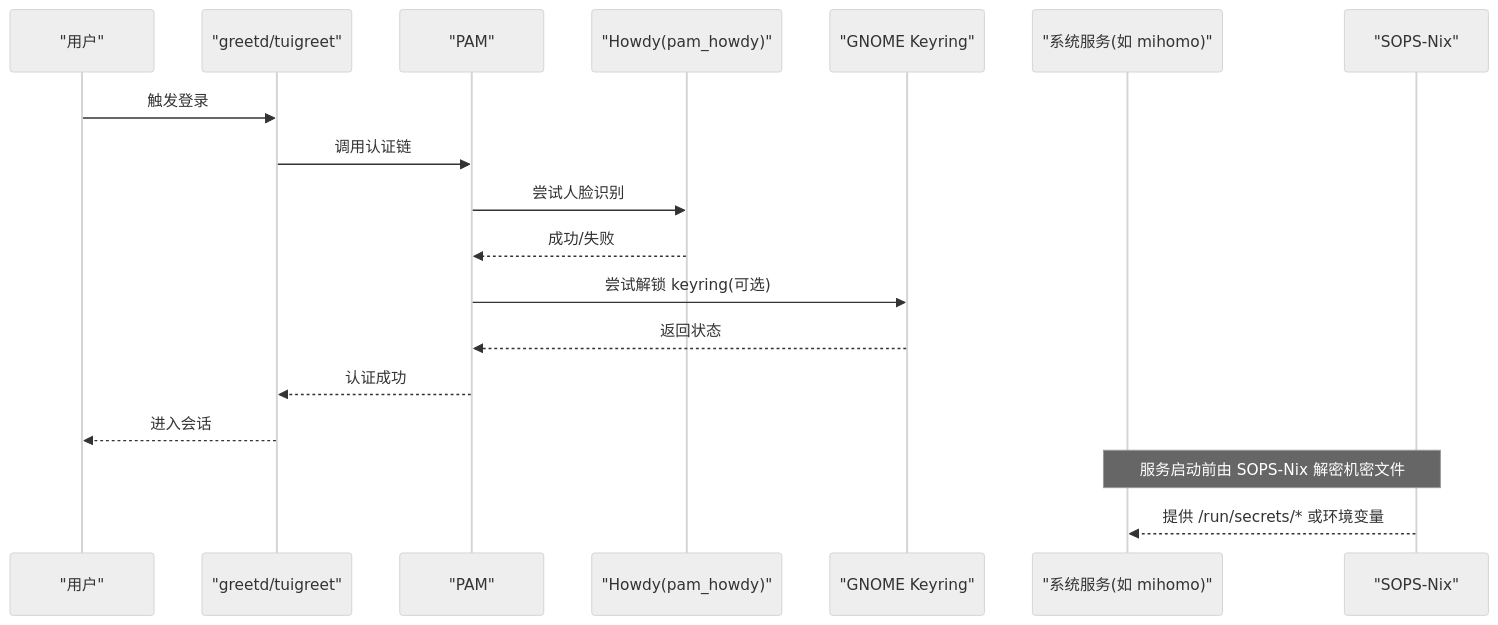
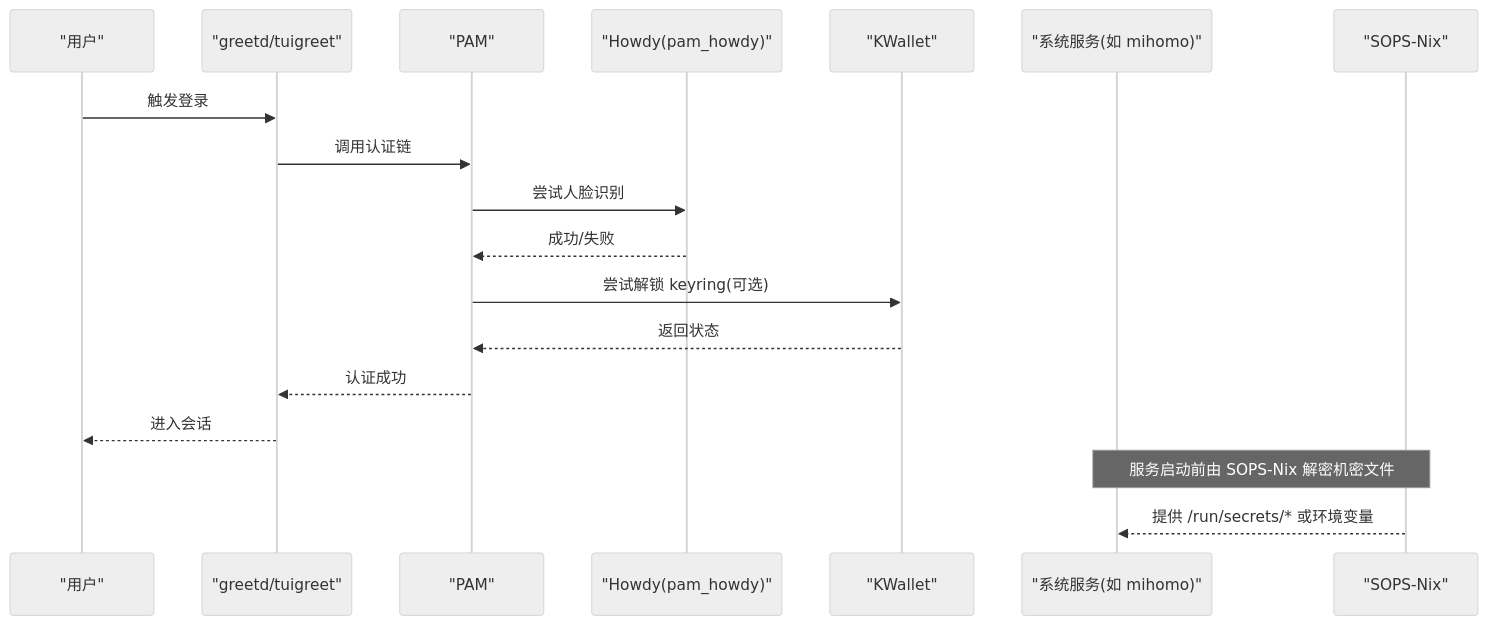
The second of 2 diagrams in wiki/security/index.md (Shangshui0302/myNixOSConfig), drawn with Mermaid (neutral theme) before and after one commit. The commit also changed other lines of this file and 15 other files, not shown here.

````diff
--- a/wiki/security/index.md
+++ b/wiki/security/index.md
@@ -56,20 +56,20 @@
 ```mermaid
 sequenceDiagram
 participant U as "用户"
 participant G as "greetd/tuigreet"
 participant P as "PAM"
 participant H as "Howdy(pam_howdy)"
-participant K as "GNOME Keyring"
+participant K as "KWallet"
 participant S as "系统服务(如 mihomo)"
 participant SS as "SOPS-Nix"
 U->>G : 触发登录
 G->>P : 调用认证链
 P->>H : 尝试人脸识别
 H-->>P : 成功/失败
 P->>K : 尝试解锁 keyring(可选)
 K-->>P : 返回状态
 P-->>G : 认证成功
 G-->>U : 进入会话
 Note over SS,S : 服务启动前由 SOPS-Nix 解密机密文件
 SS-->>S : 提供 /run/secrets/* 或环境变量
 ```
````
